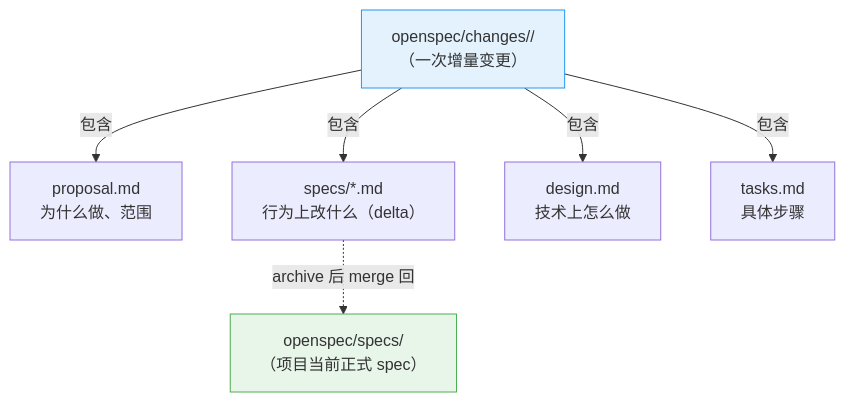
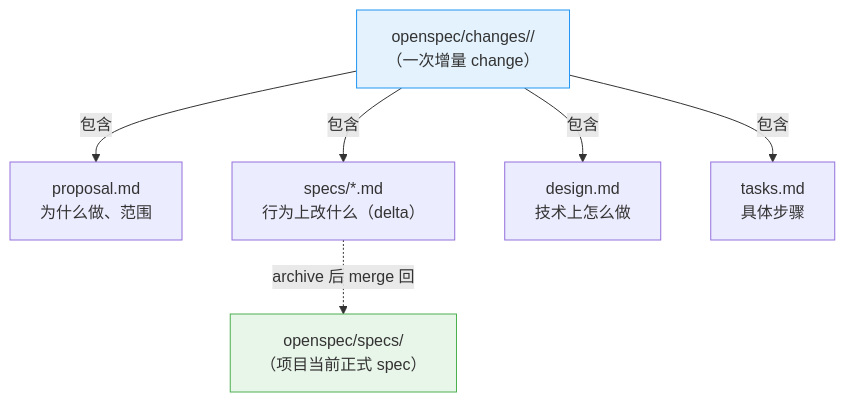
One commit to ethan-jiang-3/OpenSpec changed the first of 2 diagrams in _openspec_handbook/02-中级-把核心概念真正串起来.md. Above: the diagram before and after it, drawn with Mermaid. The commit also changed other lines of this file and 32 other files, not shown here.

````diff
--- a/_openspec_handbook/02-中级-把核心概念真正串起来.md
+++ b/_openspec_handbook/02-中级-把核心概念真正串起来.md
@@ -13,18 +13,18 @@
 ```mermaid
 graph TD
     A["openspec/specs/<br/>（项目当前正式 spec）"] 
-    B["openspec/changes/<name>/<br/>（一次增量变更）"]
+    B["openspec/changes/<name>/<br/>（一次增量 change）"]
     C["proposal.md<br/>为什么做、范围"]
     D["specs/*.md<br/>行为上改什么（delta）"]
     E["design.md<br/>技术上怎么做"]
     F["tasks.md<br/>具体步骤"]
     
     B -->|包含| C
     B -->|包含| D
     B -->|包含| E
     B -->|包含| F
     D -.archive 后 merge 回.-> A
     
     style A fill:#e8f5e9,stroke:#4caf50
     style B fill:#e3f2fd,stroke:#2196f3
 ```
````
